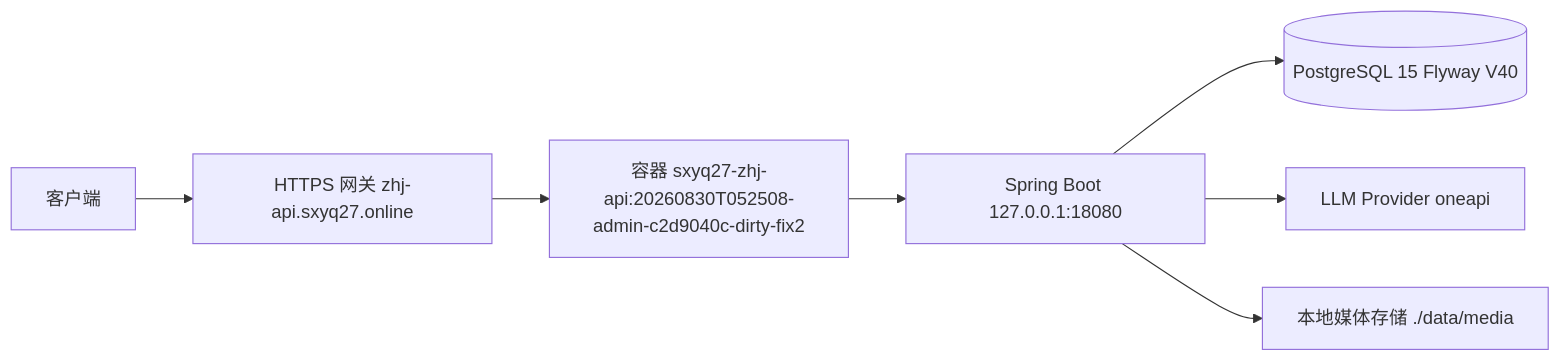
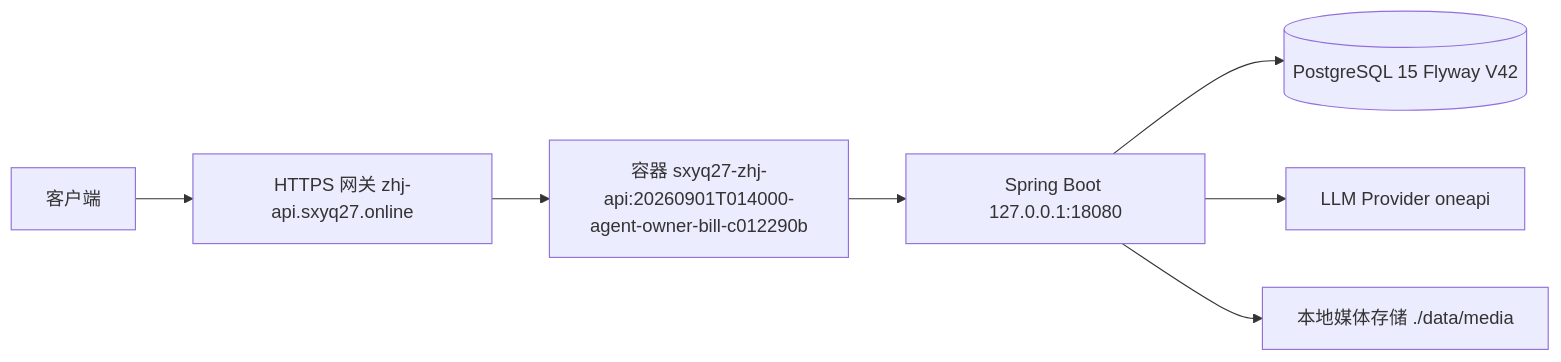
Before and after one commit to sxyq/mastergoods: the diagram in docs/03_系统设计/部署架构/当前8220运行架构.md, drawn with Mermaid. The commit also changed other lines of this file and 14 other files, not shown here.

````diff
--- a/docs/03_系统设计/部署架构/当前8220运行架构.md
+++ b/docs/03_系统设计/部署架构/当前8220运行架构.md
@@ -32,9 +32,9 @@
 ```mermaid
 flowchart LR
     U[客户端] --> G[HTTPS 网关 zhj-api.sxyq27.online]
-    G --> C[容器 sxyq27-zhj-api:20260830T052508-admin-c2d9040c-dirty-fix2]
+    G --> C[容器 sxyq27-zhj-api:20260901T014000-agent-owner-bill-c012290b]
     C --> S[Spring Boot 127.0.0.1:18080]
-    S --> P[(PostgreSQL 15 Flyway V40)]
+    S --> P[(PostgreSQL 15 Flyway V42)]
     S --> L[LLM Provider oneapi]
     S --> M[本地媒体存储 ./data/media]
 ```
````
